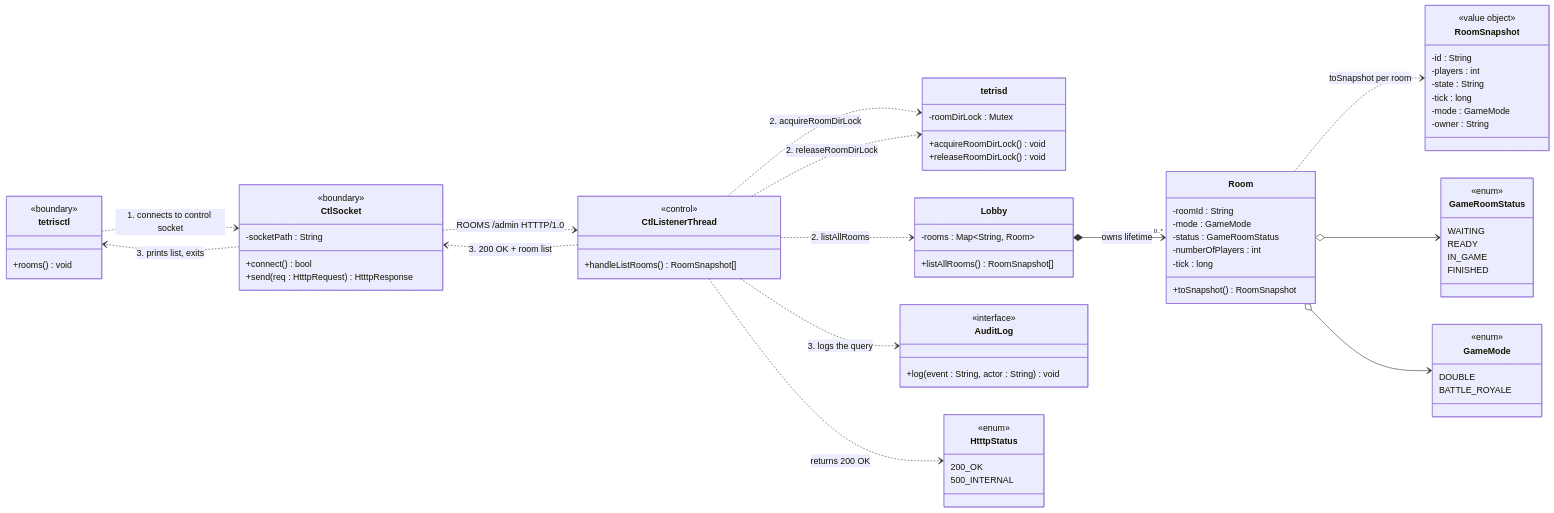
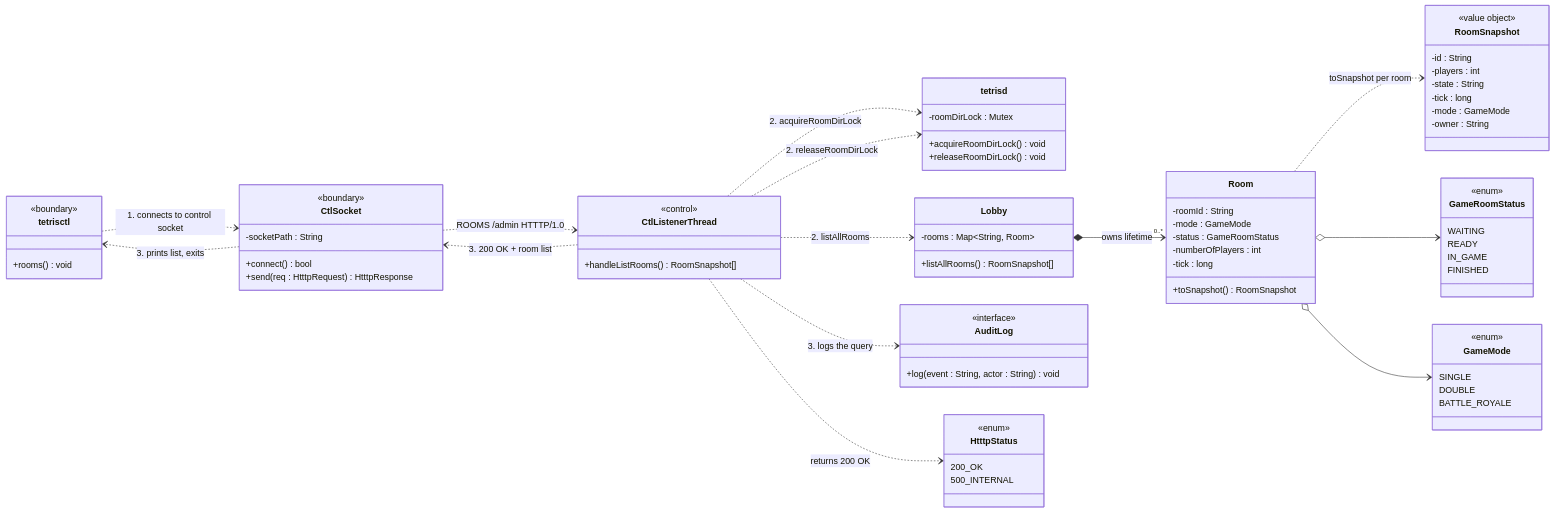
One commit to ziqiqiiii/tetriSH changed the fourth of 6 diagrams in docs/diagrams/use_case_diagrams/uc_diagrams_tetrisctl.md. Above: the diagram before and after it, drawn with Mermaid. The commit also changed other lines of this file, not shown here.

Commit message:
docs: fix tetrisctl use case diagrams (step numbering, GameMode enum, arrow consistency)

````diff
--- a/docs/diagrams/use_case_diagrams/uc_diagrams_tetrisctl.md
+++ b/docs/diagrams/use_case_diagrams/uc_diagrams_tetrisctl.md
@@ -297,80 +297,81 @@
 ```mermaid
 classDiagram
     direction LR
 
     class tetrisctl {
         <<boundary>>
         +rooms() void
     }
     class CtlSocket {
         <<boundary>>
         -socketPath : String
         +connect() bool
         +send(req : HtttpRequest) HtttpResponse
     }
     class CtlListenerThread {
         <<control>>
         +handleListRooms() RoomSnapshot[]
     }
     class tetrisd {
         -roomDirLock : Mutex
         +acquireRoomDirLock() void
         +releaseRoomDirLock() void
     }
     class Lobby {
         -rooms : Map~String, Room~
         +listAllRooms() RoomSnapshot[]
     }
     class Room {
         -roomId : String
         -mode : GameMode
         -status : GameRoomStatus
         -numberOfPlayers : int
         -tick : long
         +toSnapshot() RoomSnapshot
     }
     class RoomSnapshot {
         <<value object>>
         -id : String
         -players : int
         -state : String
         -tick : long
         -mode : GameMode
         -owner : String
     }
     class AuditLog {
         <<interface>>
         +log(event : String, actor : String) void
     }
     class HtttpStatus {
         <<enum>>
         200_OK
         500_INTERNAL
     }
     class GameRoomStatus {
         <<enum>>
         WAITING
         READY
         IN_GAME
         FINISHED
     }
     class GameMode {
         <<enum>>
+        SINGLE
         DOUBLE
         BATTLE_ROYALE
     }
 
     tetrisctl ..> CtlSocket : 1. connects to control socket
     CtlSocket ..> CtlListenerThread : ROOMS /admin HTTTP/1.0
     CtlListenerThread ..> tetrisd : 2. acquireRoomDirLock
     CtlListenerThread ..> Lobby : 2. listAllRooms
     Lobby *--> "0..*" Room : owns lifetime
     Room ..> RoomSnapshot : toSnapshot per room
     Room o--> GameRoomStatus
     Room o--> GameMode
     CtlListenerThread ..> tetrisd : 2. releaseRoomDirLock
     CtlListenerThread ..> AuditLog : 3. logs the query
     CtlListenerThread ..> HtttpStatus : returns 200 OK
     CtlListenerThread ..> CtlSocket : 3. 200 OK + room list
     CtlSocket ..> tetrisctl : 3. prints list, exits
 ```
````
